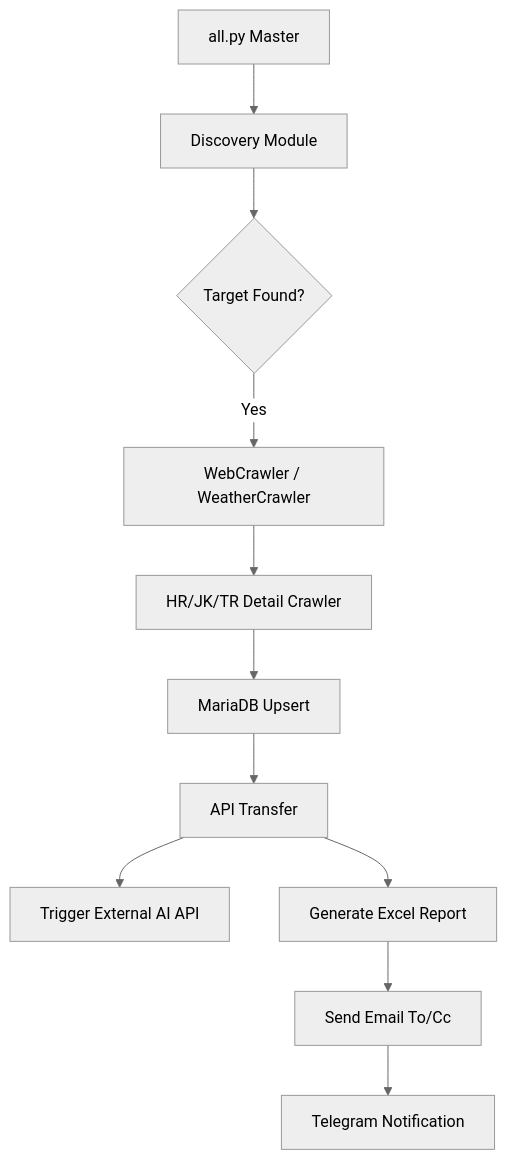
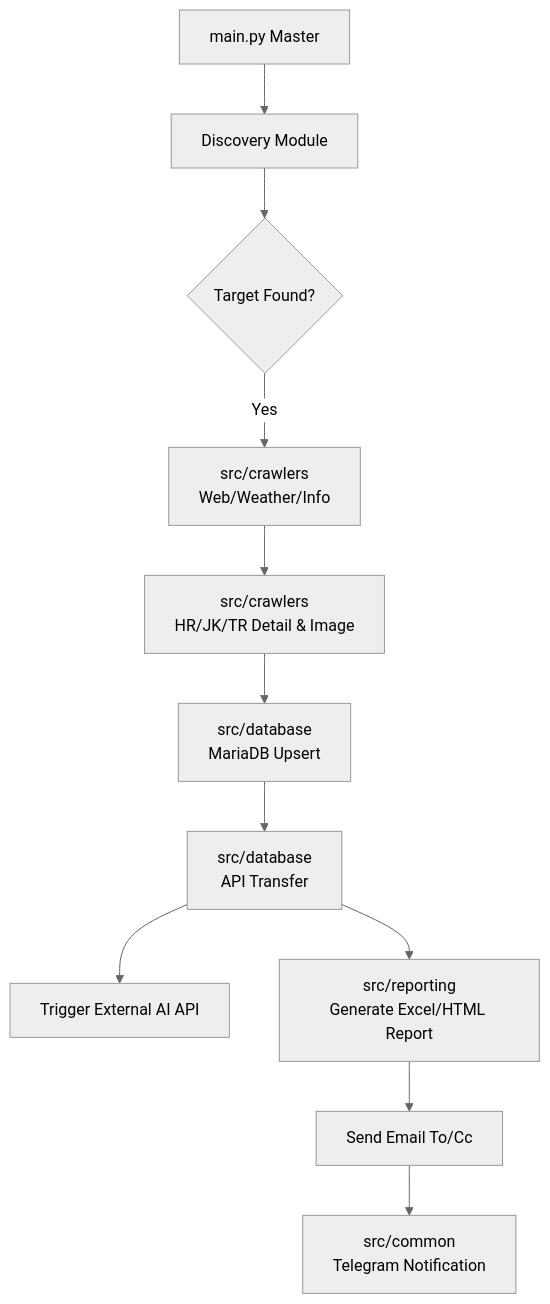
The diagram in README.md (Sungrae-kogi/NetkeibaCrawler), drawn with Mermaid (neutral theme) before and after one commit. The commit also changed other lines of this file, not shown here.

````diff
--- a/README.md
+++ b/README.md
@@ -35,13 +39,13 @@
 ```mermaid
 graph TD
-    A[all.py Master] --> B[Discovery Module]
+    A[main.py Master] --> B[Discovery Module]
     B --> C{Target Found?}
-    C -- Yes --> D[WebCrawler / WeatherCrawler]
-    D --> E[HR/JK/TR Detail Crawler]
-    E --> F[MariaDB Upsert]
-    F --> G[API Transfer]
+    C -- Yes --> D[src/crawlers<br>Web/Weather/Info]
+    D --> E[src/crawlers<br>HR/JK/TR Detail & Image]
+    E --> F[src/database<br>MariaDB Upsert]
+    F --> G[src/database<br>API Transfer]
     G --> H[Trigger External AI API]
-    G --> I[Generate Excel Report]
+    G --> I[src/reporting<br>Generate Excel/HTML Report]
     I --> J[Send Email To/Cc]
-    J --> K[Telegram Notification]
+    J --> K[src/common<br>Telegram Notification]
 ```
````
